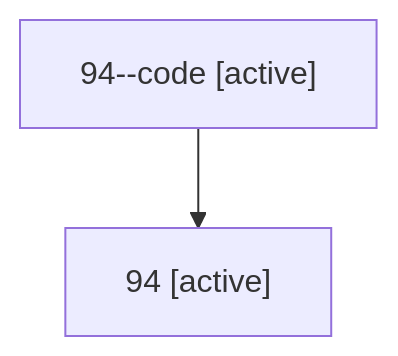
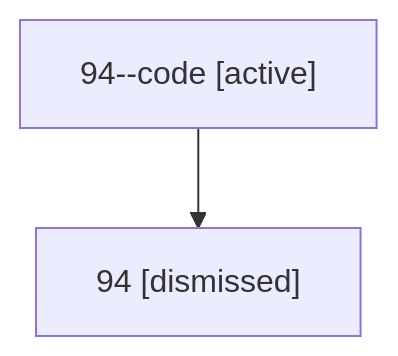
The diagram in sessions/bbugyi200.athena.94.md (sase-org/sase--agents), drawn with Mermaid before and after one commit. The commit also changed other lines of this file and 27 other files, not shown here.

````diff
--- a/sessions/bbugyi200.athena.94.md
+++ b/sessions/bbugyi200.athena.94.md
@@ -9,6 +9,6 @@
 ```mermaid
 flowchart TD
   n0["94--code [active]"]
-  n1["94 [active]"]
+  n1["94 [dismissed]"]
   n0 --> n1
 ```
````
